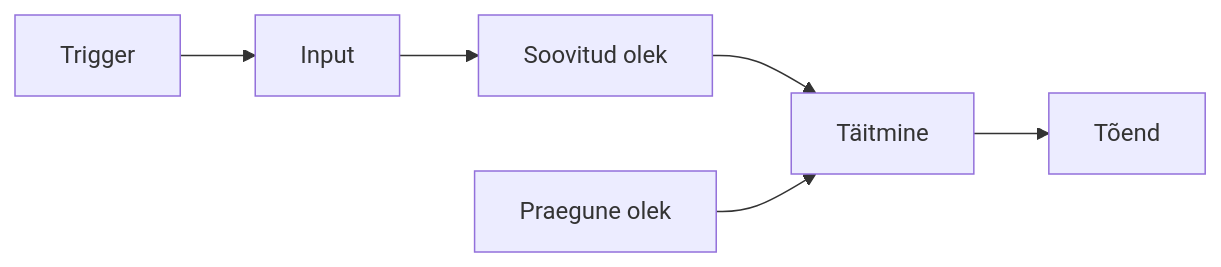
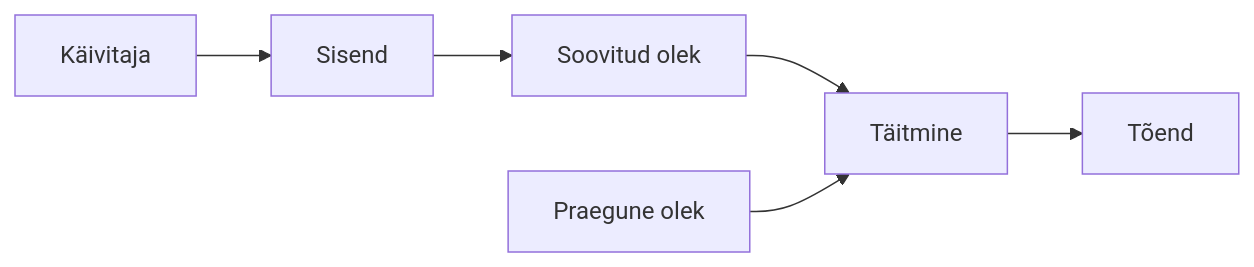
Before and after one commit to hkhk-automation/devops-lite: the first of 3 diagrams in docs/week01/lecture.md, drawn with Mermaid. The commit also changed other lines of this file and 3 other files, not shown here.

````diff
--- a/docs/week01/lecture.md
+++ b/docs/week01/lecture.md
@@ -31,8 +62,8 @@
 ```mermaid
 flowchart LR
-    T[Trigger] --> I[Input]
+    T[Käivitaja] --> I[Sisend]
     I --> D[Soovitud olek]
     D --> E[Täitmine]
     C[Praegune olek] --> E
     E --> P[Tõend]
 ```
````
